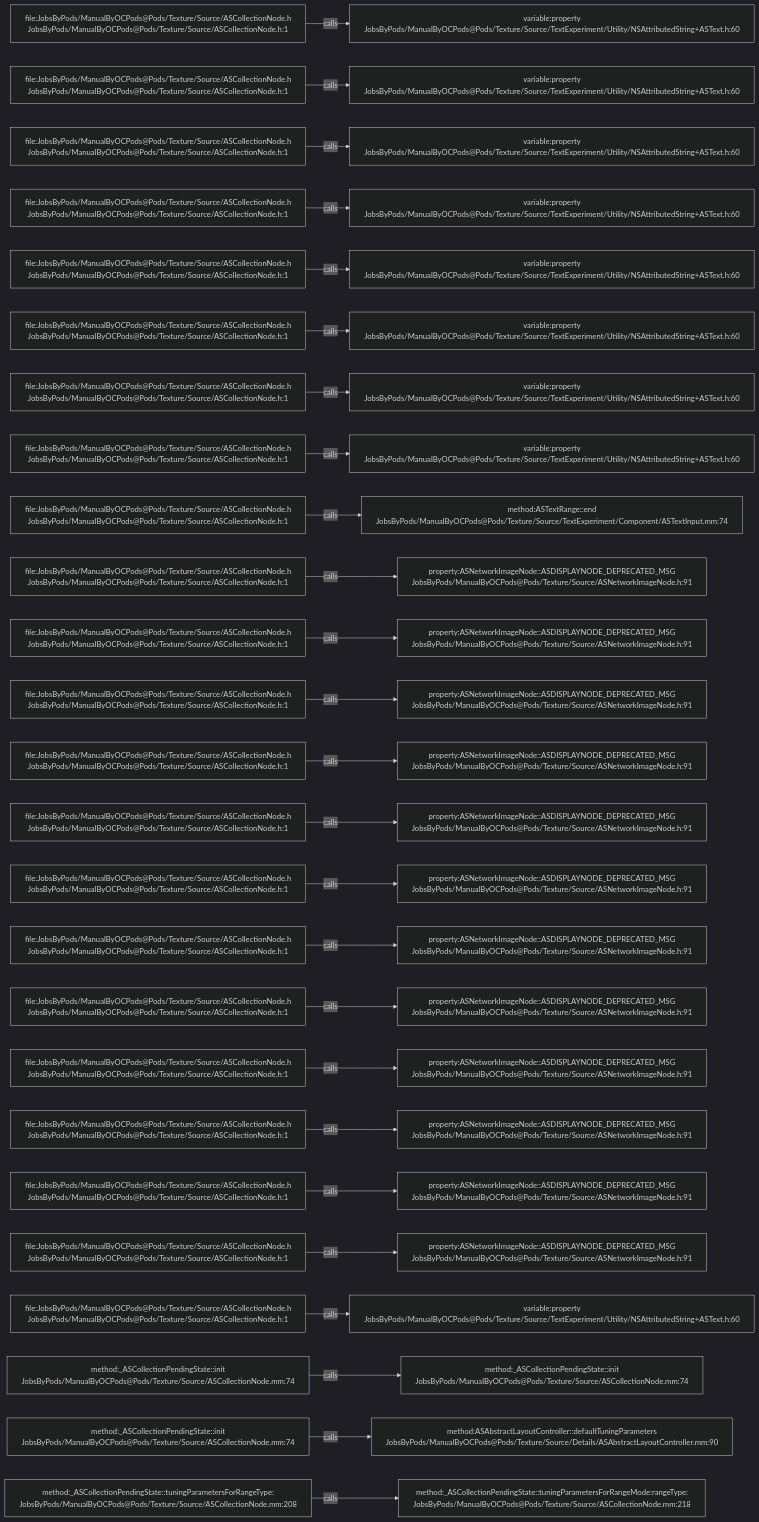
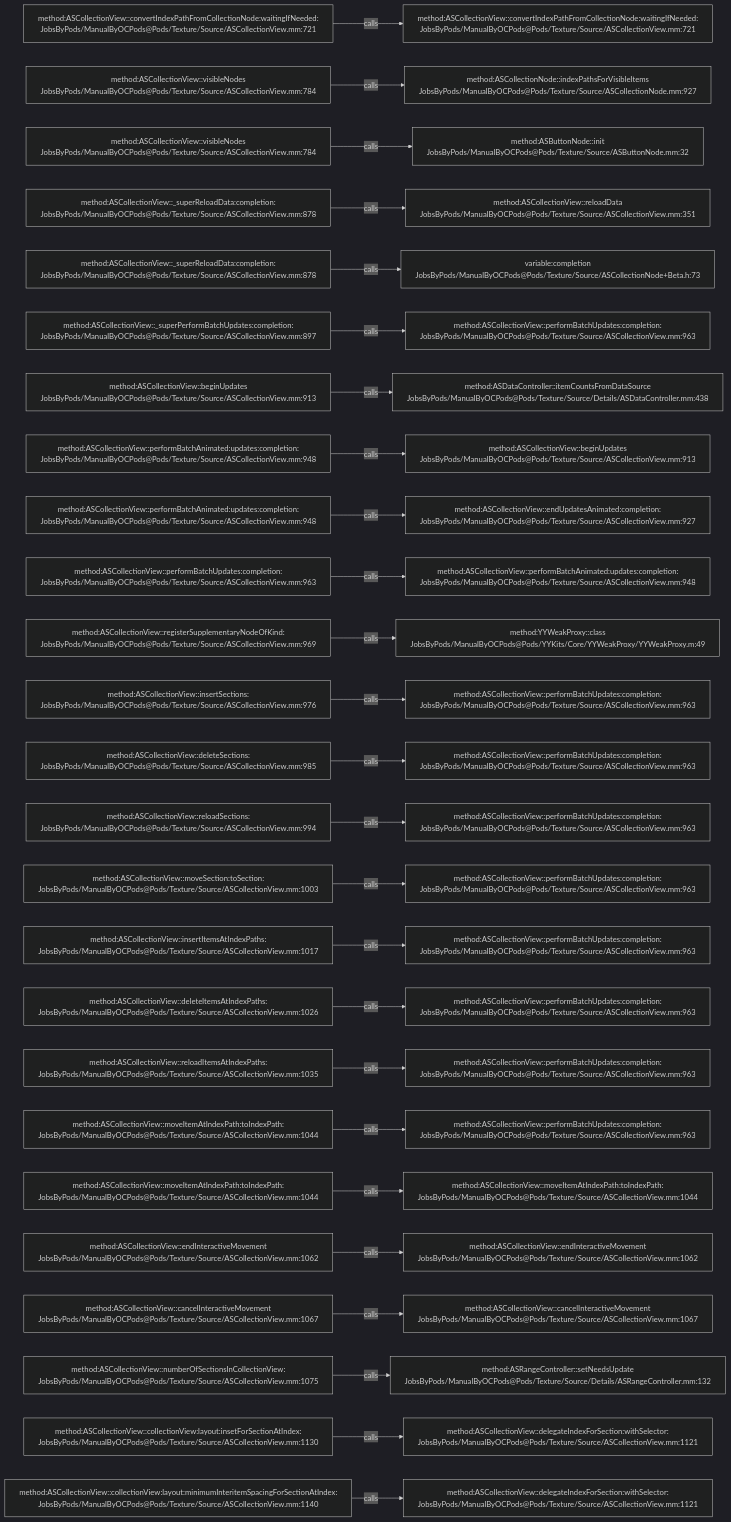
One commit to JobsKits/JobsOCBaseConfigDemo changed the diagram in .codegraph/codegraph.md/graphs/calls-073.md. Above: the diagram before and after it, drawn with Mermaid (dark theme). The commit also changed 1448 other files, not shown here.

````diff
--- a/.codegraph/codegraph.md/graphs/calls-073.md
+++ b/.codegraph/codegraph.md/graphs/calls-073.md
@@ -13,78 +13,78 @@
 ```mermaid
 flowchart LR
-  S1["file:JobsByPods/ManualByOCPods@Pods/Texture/Source/ASCollectionNode.h<br/>JobsByPods/ManualByOCPods@Pods/Texture/Source/ASCollectionNode.h:1"]
-  T1["variable:property<br/>JobsByPods/ManualByOCPods@Pods/Texture/Source/TextExperiment/Utility/NSAttributedString+ASText.h:60"]
+  S1["method:ASCollectionView::convertIndexPathFromCollectionNode:waitingIfNeeded:<br/>JobsByPods/ManualByOCPods@Pods/Texture/Source/ASCollectionView.mm:721"]
+  T1["method:ASCollectionView::convertIndexPathFromCollectionNode:waitingIfNeeded:<br/>JobsByPods/ManualByOCPods@Pods/Texture/Source/ASCollectionView.mm:721"]
   S1 -->|calls| T1
-  S2["file:JobsByPods/ManualByOCPods@Pods/Texture/Source/ASCollectionNode.h<br/>JobsByPods/ManualByOCPods@Pods/Texture/Source/ASCollectionNode.h:1"]
-  T2["variable:property<br/>JobsByPods/ManualByOCPods@Pods/Texture/Source/TextExperiment/Utility/NSAttributedString+ASText.h:60"]
+  S2["method:ASCollectionView::visibleNodes<br/>JobsByPods/ManualByOCPods@Pods/Texture/Source/ASCollectionView.mm:784"]
+  T2["method:ASCollectionNode::indexPathsForVisibleItems<br/>JobsByPods/ManualByOCPods@Pods/Texture/Source/ASCollectionNode.mm:927"]
   S2 -->|calls| T2
-  S3["file:JobsByPods/ManualByOCPods@Pods/Texture/Source/ASCollectionNode.h<br/>JobsByPods/ManualByOCPods@Pods/Texture/Source/ASCollectionNode.h:1"]
-  T3["variable:property<br/>JobsByPods/ManualByOCPods@Pods/Texture/Source/TextExperiment/Utility/NSAttributedString+ASText.h:60"]
+  S3["method:ASCollectionView::visibleNodes<br/>JobsByPods/ManualByOCPods@Pods/Texture/Source/ASCollectionView.mm:784"]
+  T3["method:ASButtonNode::init<br/>JobsByPods/ManualByOCPods@Pods/Texture/Source/ASButtonNode.mm:32"]
   S3 -->|calls| T3
-  S4["file:JobsByPods/ManualByOCPods@Pods/Texture/Source/ASCollectionNode.h<br/>JobsByPods/ManualByOCPods@Pods/Texture/Source/ASCollectionNode.h:1"]
-  T4["variable:property<br/>JobsByPods/ManualByOCPods@Pods/Texture/Source/TextExperiment/Utility/NSAttributedString+ASText.h:60"]
+  S4["method:ASCollectionView::_superReloadData:completion:<br/>JobsByPods/ManualByOCPods@Pods/Texture/Source/ASCollectionView.mm:878"]
+  T4["method:ASCollectionView::reloadData<br/>JobsByPods/ManualByOCPods@Pods/Texture/Source/ASCollectionView.mm:351"]
   S4 -->|calls| T4
-  S5["file:JobsByPods/ManualByOCPods@Pods/Texture/Source/ASCollectionNode.h<br/>JobsByPods/ManualByOCPods@Pods/Texture/Source/ASCollectionNode.h:1"]
-  T5["variable:property<br/>JobsByPods/ManualByOCPods@Pods/Texture/Source/TextExperiment/Utility/NSAttributedString+ASText.h:60"]
+  S5["method:ASCollectionView::_superReloadData:completion:<br/>JobsByPods/ManualByOCPods@Pods/Texture/Source/ASCollectionView.mm:878"]
+  T5["variable:completion<br/>JobsByPods/ManualByOCPods@Pods/Texture/Source/ASCollectionNode+Beta.h:73"]
   S5 -->|calls| T5
-  S6["file:JobsByPods/ManualByOCPods@Pods/Texture/Source/ASCollectionNode.h<br/>JobsByPods/ManualByOCPods@Pods/Texture/Source/ASCollectionNode.h:1"]
-  T6["variable:property<br/>JobsByPods/ManualByOCPods@Pods/Texture/Source/TextExperiment/Utility/NSAttributedString+ASText.h:60"]
+  S6["method:ASCollectionView::_superPerformBatchUpdates:completion:<br/>JobsByPods/ManualByOCPods@Pods/Texture/Source/ASCollectionView.mm:897"]
+  T6["method:ASCollectionView::performBatchUpdates:completion:<br/>JobsByPods/ManualByOCPods@Pods/Texture/Source/ASCollectionView.mm:963"]
   S6 -->|calls| T6
-  S7["file:JobsByPods/ManualByOCPods@Pods/Texture/Source/ASCollectionNode.h<br/>JobsByPods/ManualByOCPods@Pods/Texture/Source/ASCollectionNode.h:1"]
-  T7["variable:property<br/>JobsByPods/ManualByOCPods@Pods/Texture/Source/TextExperiment/Utility/NSAttributedString+ASText.h:60"]
+  S7["method:ASCollectionView::beginUpdates<br/>JobsByPods/ManualByOCPods@Pods/Texture/Source/ASCollectionView.mm:913"]
+  T7["method:ASDataController::itemCountsFromDataSource<br/>JobsByPods/ManualByOCPods@Pods/Texture/Source/Details/ASDataController.mm:438"]
   S7 -->|calls| T7
-  S8["file:JobsByPods/ManualByOCPods@Pods/Texture/Source/ASCollectionNode.h<br/>JobsByPods/ManualByOCPods@Pods/Texture/Source/ASCollectionNode.h:1"]
-  T8["variable:property<br/>JobsByPods/ManualByOCPods@Pods/Texture/Source/TextExperiment/Utility/NSAttributedString+ASText.h:60"]
+  S8["method:ASCollectionView::performBatchAnimated:updates:completion:<br/>JobsByPods/ManualByOCPods@Pods/Texture/Source/ASCollectionView.mm:948"]
+  T8["method:ASCollectionView::beginUpdates<br/>JobsByPods/ManualByOCPods@Pods/Texture/Source/ASCollectionView.mm:913"]
   S8 -->|calls| T8
-  S9["file:JobsByPods/ManualByOCPods@Pods/Texture/Source/ASCollectionNode.h<br/>JobsByPods/ManualByOCPods@Pods/Texture/Source/ASCollectionNode.h:1"]
-  T9["method:ASTextRange::end<br/>JobsByPods/ManualByOCPods@Pods/Texture/Source/TextExperiment/Component/ASTextInput.mm:74"]
+  S9["method:ASCollectionView::performBatchAnimated:updates:completion:<br/>JobsByPods/ManualByOCPods@Pods/Texture/Source/ASCollectionView.mm:948"]
+  T9["method:ASCollectionView::endUpdatesAnimated:completion:<br/>JobsByPods/ManualByOCPods@Pods/Texture/Source/ASCollectionView.mm:927"]
   S9 -->|calls| T9
-  S10["file:JobsByPods/ManualByOCPods@Pods/Texture/Source/ASCollectionNode.h<br/>JobsByPods/ManualByOCPods@Pods/Texture/Source/ASCollectionNode.h:1"]
-  T10["property:ASNetworkImageNode::ASDISPLAYNODE_DEPRECATED_MSG<br/>JobsByPods/ManualByOCPods@Pods/Texture/Source/ASNetworkImageNode.h:91"]
+  S10["method:ASCollectionView::performBatchUpdates:completion:<br/>JobsByPods/ManualByOCPods@Pods/Texture/Source/ASCollectionView.mm:963"]
+  T10["method:ASCollectionView::performBatchAnimated:updates:completion:<br/>JobsByPods/ManualByOCPods@Pods/Texture/Source/ASCollectionView.mm:948"]
   S10 -->|calls| T10
-  S11["file:JobsByPods/ManualByOCPods@Pods/Texture/Source/ASCollectionNode.h<br/>JobsByPods/ManualByOCPods@Pods/Texture/Source/ASCollectionNode.h:1"]
-  T11["property:ASNetworkImageNode::ASDISPLAYNODE_DEPRECATED_MSG<br/>JobsByPods/ManualByOCPods@Pods/Texture/Source/ASNetworkImageNode.h:91"]
+  S11["method:ASCollectionView::registerSupplementaryNodeOfKind:<br/>JobsByPods/ManualByOCPods@Pods/Texture/Source/ASCollectionView.mm:969"]
+  T11["method:YYWeakProxy::class<br/>JobsByPods/ManualByOCPods@Pods/YYKits/Core/YYWeakProxy/YYWeakProxy.m:49"]
   S11 -->|calls| T11
-  S12["file:JobsByPods/ManualByOCPods@Pods/Texture/Source/ASCollectionNode.h<br/>JobsByPods/ManualByOCPods@Pods/Texture/Source/ASCollectionNode.h:1"]
-  T12["property:ASNetworkImageNode::ASDISPLAYNODE_DEPRECATED_MSG<br/>JobsByPods/ManualByOCPods@Pods/Texture/Source/ASNetworkImageNode.h:91"]
+  S12["method:ASCollectionView::insertSections:<br/>JobsByPods/ManualByOCPods@Pods/Texture/Source/ASCollectionView.mm:976"]
+  T12["method:ASCollectionView::performBatchUpdates:completion:<br/>JobsByPods/ManualByOCPods@Pods/Texture/Source/ASCollectionView.mm:963"]
   S12 -->|calls| T12
-  S13["file:JobsByPods/ManualByOCPods@Pods/Texture/Source/ASCollectionNode.h<br/>JobsByPods/ManualByOCPods@Pods/Texture/Source/ASCollectionNode.h:1"]
-  T13["property:ASNetworkImageNode::ASDISPLAYNODE_DEPRECATED_MSG<br/>JobsByPods/ManualByOCPods@Pods/Texture/Source/ASNetworkImageNode.h:91"]
+  S13["method:ASCollectionView::deleteSections:<br/>JobsByPods/ManualByOCPods@Pods/Texture/Source/ASCollectionView.mm:985"]
+  T13["method:ASCollectionView::performBatchUpdates:completion:<br/>JobsByPods/ManualByOCPods@Pods/Texture/Source/ASCollectionView.mm:963"]
   S13 -->|calls| T13
-  S14["file:JobsByPods/ManualByOCPods@Pods/Texture/Source/ASCollectionNode.h<br/>JobsByPods/ManualByOCPods@Pods/Texture/Source/ASCollectionNode.h:1"]
-  T14["property:ASNetworkImageNode::ASDISPLAYNODE_DEPRECATED_MSG<br/>JobsByPods/ManualByOCPods@Pods/Texture/Source/ASNetworkImageNode.h:91"]
+  S14["method:ASCollectionView::reloadSections:<br/>JobsByPods/ManualByOCPods@Pods/Texture/Source/ASCollectionView.mm:994"]
+  T14["method:ASCollectionView::performBatchUpdates:completion:<br/>JobsByPods/ManualByOCPods@Pods/Texture/Source/ASCollectionView.mm:963"]
   S14 -->|calls| T14
-  S15["file:JobsByPods/ManualByOCPods@Pods/Texture/Source/ASCollectionNode.h<br/>JobsByPods/ManualByOCPods@Pods/Texture/Source/ASCollectionNode.h:1"]
-  T15["property:ASNetworkImageNode::ASDISPLAYNODE_DEPRECATED_MSG<br/>JobsByPods/ManualByOCPods@Pods/Texture/Source/ASNetworkImageNode.h:91"]
+  S15["method:ASCollectionView::moveSection:toSection:<br/>JobsByPods/ManualByOCPods@Pods/Texture/Source/ASCollectionView.mm:1003"]
+  T15["method:ASCollectionView::performBatchUpdates:completion:<br/>JobsByPods/ManualByOCPods@Pods/Texture/Source/ASCollectionView.mm:963"]
   S15 -->|calls| T15
-  S16["file:JobsByPods/ManualByOCPods@Pods/Texture/Source/ASCollectionNode.h<br/>JobsByPods/ManualByOCPods@Pods/Texture/Source/ASCollectionNode.h:1"]
-  T16["property:ASNetworkImageNode::ASDISPLAYNODE_DEPRECATED_MSG<br/>JobsByPods/ManualByOCPods@Pods/Texture/Source/ASNetworkImageNode.h:91"]
+  S16["method:ASCollectionView::insertItemsAtIndexPaths:<br/>JobsByPods/ManualByOCPods@Pods/Texture/Source/ASCollectionView.mm:1017"]
+  T16["method:ASCollectionView::performBatchUpdates:completion:<br/>JobsByPods/ManualByOCPods@Pods/Texture/Source/ASCollectionView.mm:963"]
   S16 -->|calls| T16
-  S17["file:JobsByPods/ManualByOCPods@Pods/Texture/Source/ASCollectionNode.h<br/>JobsByPods/ManualByOCPods@Pods/Texture/Source/ASCollectionNode.h:1"]
-  T17["property:ASNetworkImageNode::ASDISPLAYNODE_DEPRECATED_MSG<br/>JobsByPods/ManualByOCPods@Pods/Texture/Source/ASNetworkImageNode.h:91"]
+  S17["method:ASCollectionView::deleteItemsAtIndexPaths:<br/>JobsByPods/ManualByOCPods@Pods/Texture/Source/ASCollectionView.mm:1026"]
+  T17["method:ASCollectionView::performBatchUpdates:completion:<br/>JobsByPods/ManualByOCPods@Pods/Texture/Source/ASCollectionView.mm:963"]
   S17 -->|calls| T17
-  S18["file:JobsByPods/ManualByOCPods@Pods/Texture/Source/ASCollectionNode.h<br/>JobsByPods/ManualByOCPods@Pods/Texture/Source/ASCollectionNode.h:1"]
-  T18["property:ASNetworkImageNode::ASDISPLAYNODE_DEPRECATED_MSG<br/>JobsByPods/ManualByOCPods@Pods/Texture/Source/ASNetworkImageNode.h:91"]
+  S18["method:ASCollectionView::reloadItemsAtIndexPaths:<br/>JobsByPods/ManualByOCPods@Pods/Texture/Source/ASCollectionView.mm:1035"]
+  T18["method:ASCollectionView::performBatchUpdates:completion:<br/>JobsByPods/ManualByOCPods@Pods/Texture/Source/ASCollectionView.mm:963"]
   S18 -->|calls| T18
-  S19["file:JobsByPods/ManualByOCPods@Pods/Texture/Source/ASCollectionNode.h<br/>JobsByPods/ManualByOCPods@Pods/Texture/Source/ASCollectionNode.h:1"]
-  T19["property:ASNetworkImageNode::ASDISPLAYNODE_DEPRECATED_MSG<br/>JobsByPods/ManualByOCPods@Pods/Texture/Source/ASNetworkImageNode.h:91"]
+  S19["method:ASCollectionView::moveItemAtIndexPath:toIndexPath:<br/>JobsByPods/ManualByOCPods@Pods/Texture/Source/ASCollectionView.mm:1044"]
+  T19["method:ASCollectionView::performBatchUpdates:completion:<br/>JobsByPods/ManualByOCPods@Pods/Texture/Source/ASCollectionView.mm:963"]
   S19 -->|calls| T19
-  S20["file:JobsByPods/ManualByOCPods@Pods/Texture/Source/ASCollectionNode.h<br/>JobsByPods/ManualByOCPods@Pods/Texture/Source/ASCollectionNode.h:1"]
-  T20["property:ASNetworkImageNode::ASDISPLAYNODE_DEPRECATED_MSG<br/>JobsByPods/ManualByOCPods@Pods/Texture/Source/ASNetworkImageNode.h:91"]
+  S20["method:ASCollectionView::moveItemAtIndexPath:toIndexPath:<br/>JobsByPods/ManualByOCPods@Pods/Texture/Source/ASCollectionView.mm:1044"]
+  T20["method:ASCollectionView::moveItemAtIndexPath:toIndexPath:<br/>JobsByPods/ManualByOCPods@Pods/Texture/Source/ASCollectionView.mm:1044"]
   S20 -->|calls| T20
-  S21["file:JobsByPods/ManualByOCPods@Pods/Texture/Source/ASCollectionNode.h<br/>JobsByPods/ManualByOCPods@Pods/Texture/Source/ASCollectionNode.h:1"]
-  T21["property:ASNetworkImageNode::ASDISPLAYNODE_DEPRECATED_MSG<br/>JobsByPods/ManualByOCPods@Pods/Texture/Source/ASNetworkImageNode.h:91"]
+  S21["method:ASCollectionView::endInteractiveMovement<br/>JobsByPods/ManualByOCPods@Pods/Texture/Source/ASCollectionView.mm:1062"]
+  T21["method:ASCollectionView::endInteractiveMovement<br/>JobsByPods/ManualByOCPods@Pods/Texture/Source/ASCollectionView.mm:1062"]
   S21 -->|calls| T21
-  S22["file:JobsByPods/ManualByOCPods@Pods/Texture/Source/ASCollectionNode.h<br/>JobsByPods/ManualByOCPods@Pods/Texture/Source/ASCollectionNode.h:1"]
-  T22["variable:property<br/>JobsByPods/ManualByOCPods@Pods/Texture/Source/TextExperiment/Utility/NSAttributedString+ASText.h:60"]
+  S22["method:ASCollectionView::cancelInteractiveMovement<br/>JobsByPods/ManualByOCPods@Pods/Texture/Source/ASCollectionView.mm:1067"]
+  T22["method:ASCollectionView::cancelInteractiveMovement<br/>JobsByPods/ManualByOCPods@Pods/Texture/Source/ASCollectionView.mm:1067"]
   S22 -->|calls| T22
-  S23["method:_ASCollectionPendingState::init<br/>JobsByPods/ManualByOCPods@Pods/Texture/Source/ASCollectionNode.mm:74"]
-  T23["method:_ASCollectionPendingState::init<br/>JobsByPods/ManualByOCPods@Pods/Texture/Source/ASCollectionNode.mm:74"]
+  S23["method:ASCollectionView::numberOfSectionsInCollectionView:<br/>JobsByPods/ManualByOCPods@Pods/Texture/Source/ASCollectionView.mm:1075"]
+  T23["method:ASRangeController::setNeedsUpdate<br/>JobsByPods/ManualByOCPods@Pods/Texture/Source/Details/ASRangeController.mm:132"]
   S23 -->|calls| T23
-  S24["method:_ASCollectionPendingState::init<br/>JobsByPods/ManualByOCPods@Pods/Texture/Source/ASCollectionNode.mm:74"]
-  T24["method:ASAbstractLayoutController::defaultTuningParameters<br/>JobsByPods/ManualByOCPods@Pods/Texture/Source/Details/ASAbstractLayoutController.mm:90"]
+  S24["method:ASCollectionView::collectionView:layout:insetForSectionAtIndex:<br/>JobsByPods/ManualByOCPods@Pods/Texture/Source/ASCollectionView.mm:1130"]
+  T24["method:ASCollectionView::delegateIndexForSection:withSelector:<br/>JobsByPods/ManualByOCPods@Pods/Texture/Source/ASCollectionView.mm:1121"]
   S24 -->|calls| T24
-  S25["method:_ASCollectionPendingState::tuningParametersForRangeType:<br/>JobsByPods/ManualByOCPods@Pods/Texture/Source/ASCollectionNode.mm:208"]
-  T25["method:_ASCollectionPendingState::tuningParametersForRangeMode:rangeType:<br/>JobsByPods/ManualByOCPods@Pods/Texture/Source/ASCollectionNode.mm:218"]
+  S25["method:ASCollectionView::collectionView:layout:minimumInteritemSpacingForSectionAtIndex:<br/>JobsByPods/ManualByOCPods@Pods/Texture/Source/ASCollectionView.mm:1140"]
+  T25["method:ASCollectionView::delegateIndexForSection:withSelector:<br/>JobsByPods/ManualByOCPods@Pods/Texture/Source/ASCollectionView.mm:1121"]
   S25 -->|calls| T25
 ```
````
